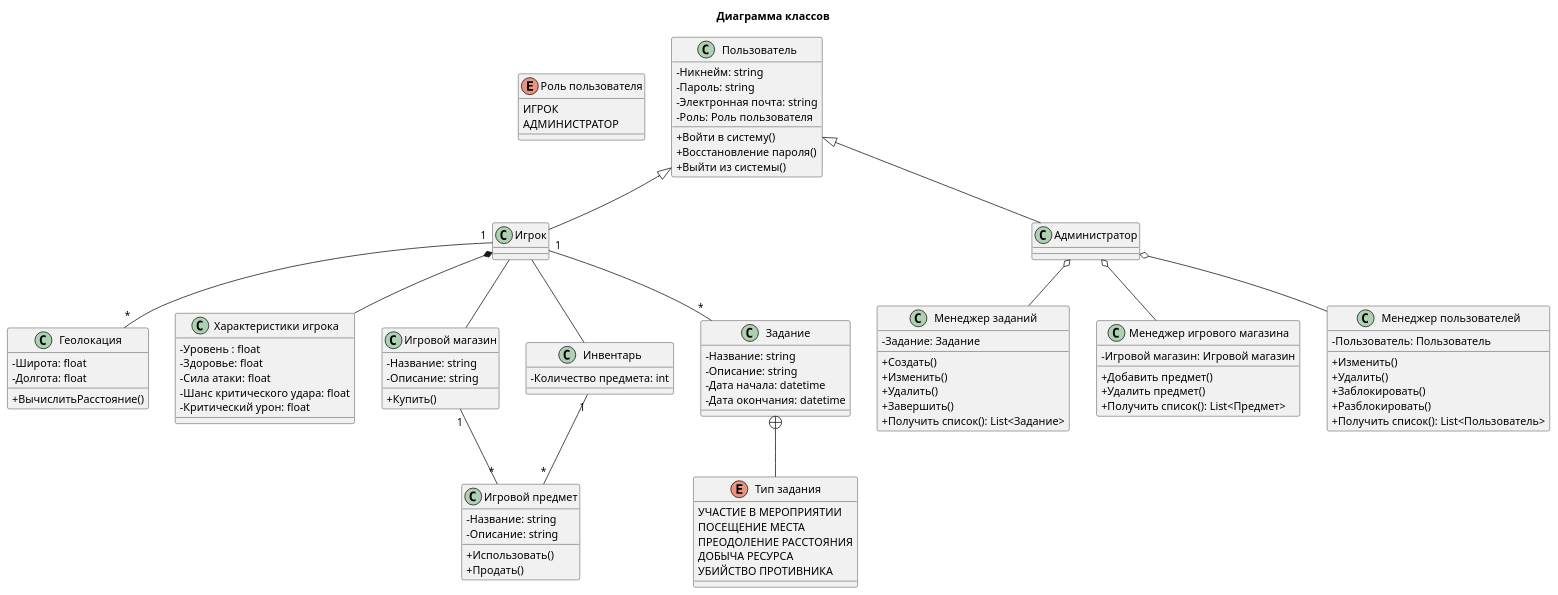
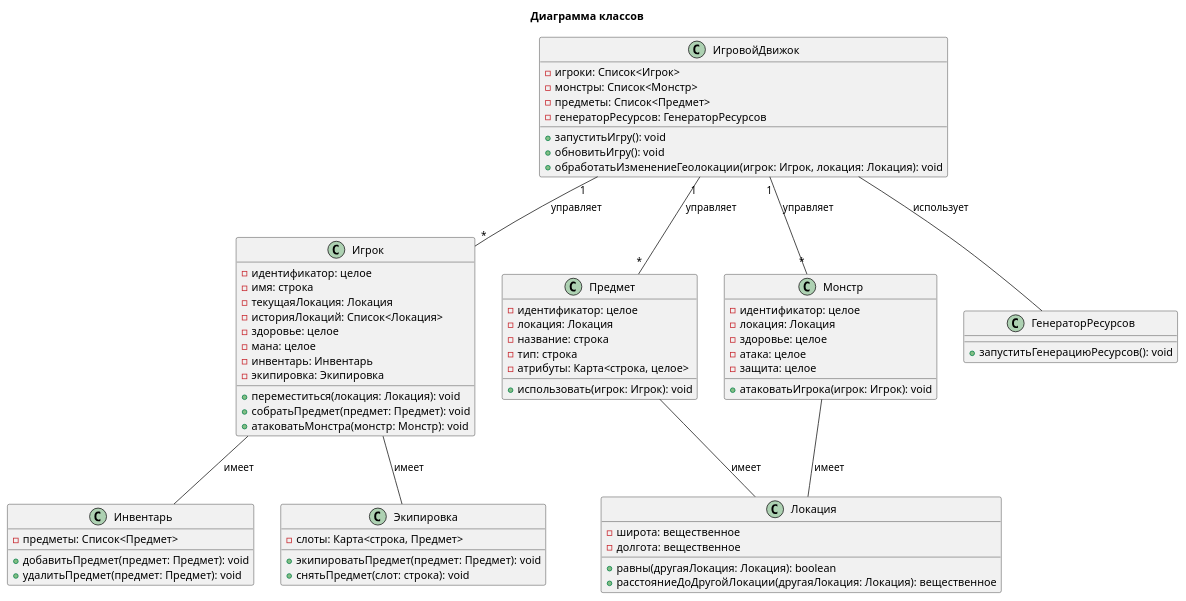
The diagram in graphs/Диаграмма классов.puml (RetteraDev/Diploma), drawn with PlantUML before and after one commit. The commit also changed 2 other files, not shown here.

Commit message:
fix: Добавить диаграммы для пятой итерации

```diff
--- a/graphs/Диаграмма классов.puml
+++ b/graphs/Диаграмма классов.puml
@@ -1,120 +1,79 @@
 @startuml
-skinparam classAttributeIconSize 0
 
 title Диаграмма классов
 
-enum "Роль пользователя" {
-ИГРОК
-АДМИНИСТРАТОР
-}
-
-class Пользователь {
-- Никнейм: string
-- Пароль: string
-- Электронная почта: string
-- Роль: Роль пользователя
-+ Войти в систему()
-+ Восстановление пароля()
-+ Выйти из системы()
+class ИгровойДвижок {
+  - игроки: Список<Игрок>
+  - монстры: Список<Монстр>
+  - предметы: Список<Предмет>
+  - генераторРесурсов: ГенераторРесурсов
+  + запуститьИгру(): void
+  + обновитьИгру(): void
+  + обработатьИзменениеГеолокации(игрок: Игрок, локация: Локация): void
 }
 
 class Игрок {
-
-}
-
-
-class Геолокация {
-- Широта: float
-- Долгота: float
-+ ВычислитьРасстояние()
-}
-
-class "Характеристики игрока" {
-- Уровень : float
-- Здоровье: float
-- Сила атаки: float
-- Шанс критического удара: float
-- Критический урон: float
-}
-
-class Администратор {
-
-}
-
-class "Менеджер заданий" {
-- Задание: Задание
-+ Создать()
-+ Изменить()
-+ Удалить()
-+ Завершить()
-+ Получить список(): List<Задание>
-}
-
-class "Менеджер игрового магазина" {
-- Игровой магазин: Игровой магазин
-+ Добавить предмет()
-+ Удалить предмет()
-+ Получить список(): List<Предмет>
-}
-
-class "Менеджер пользователей" {
-- Пользователь: Пользователь
-+ Изменить()
-+ Удалить()
-+ Заблокировать()
-+ Разблокировать()
-+ Получить список(): List<Пользователь>
-}
-
-class "Игровой магазин" {
-- Название: string
-- Описание: string
-+ Купить()
-}
-
-enum "Тип задания" {
-УЧАСТИЕ В МЕРОПРИЯТИИ
-ПОСЕЩЕНИЕ МЕСТА
-ПРЕОДОЛЕНИЕ РАССТОЯНИЯ
-ДОБЫЧА РЕСУРСА
-УБИЙСТВО ПРОТИВНИКА
-}
-
-class Задание {
-- Название: string
-- Описание: string
-- Дата начала: datetime
-- Дата окончания: datetime
+  - идентификатор: целое
+  - имя: строка
+  - текущаяЛокация: Локация
+  - историяЛокаций: Список<Локация>
+  - здоровье: целое
+  - мана: целое
+  - инвентарь: Инвентарь
+  - экипировка: Экипировка
+  + переместиться(локация: Локация): void
+  + собратьПредмет(предмет: Предмет): void
+  + атаковатьМонстра(монстр: Монстр): void
 }
 
 class Инвентарь {
-- Количество предмета: int
+  - предметы: Список<Предмет>
+  + добавитьПредмет(предмет: Предмет): void
+  + удалитьПредмет(предмет: Предмет): void
 }
 
-class "Игровой предмет" {
-- Название: string
-- Описание: string
-+ Использовать()
-+ Продать()
+class Экипировка {
+  - слоты: Карта<строка, Предмет>
+  + экипироватьПредмет(предмет: Предмет): void
+  + снятьПредмет(слот: строка): void
 }
 
-Пользователь <|-- Игрок
-Пользователь <|-- Администратор
+class Предмет {
+  - идентификатор: целое
+  - локация: Локация
+  - название: строка
+  - тип: строка
+  - атрибуты: Карта<строка, целое>
+  + использовать(игрок: Игрок): void
+}
 
-Администратор o-- "Менеджер заданий"
-Администратор o-- "Менеджер пользователей"
-Администратор o-- "Менеджер игрового магазина"
+class Монстр {
+  - идентификатор: целое
+  - локация: Локация
+  - здоровье: целое
+  - атака: целое
+  - защита: целое
+  + атаковатьИгрока(игрок: Игрок): void
+}
 
-Игрок "1" -- "*" Задание
-Задание +-- "Тип задания"
+class ГенераторРесурсов {
+  + запуститьГенерациюРесурсов(): void
+}
 
-Игрок "1" -- "*" Геолокация
+class Локация {
+  - широта: вещественное
+  - долгота: вещественное
+  + равны(другаяЛокация: Локация): boolean
+  + расстояниеДоДругойЛокации(другаяЛокация: Локация): вещественное
+}
 
-Игрок -- Инвентарь
-Инвентарь "1" -- "*" "Игровой предмет"
+ИгровойДвижок "1" -- "*" Игрок : управляет
+ИгровойДвижок "1" -- "*" Монстр : управляет
+ИгровойДвижок "1" -- "*" Предмет : управляет
+ИгровойДвижок -- ГенераторРесурсов : использует
+Игрок -- Инвентарь : имеет
+Игрок -- Экипировка : имеет
+Предмет -- Локация : имеет
+Монстр -- Локация : имеет
 
-Игрок -- "Игровой магазин"
-"Игровой магазин" "1" -- "*" "Игровой предмет"
-
-Игрок *-- "Характеристики игрока"
 @enduml
```
